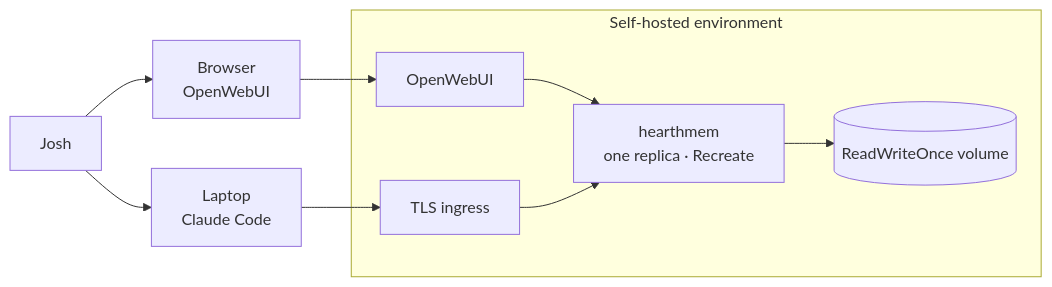
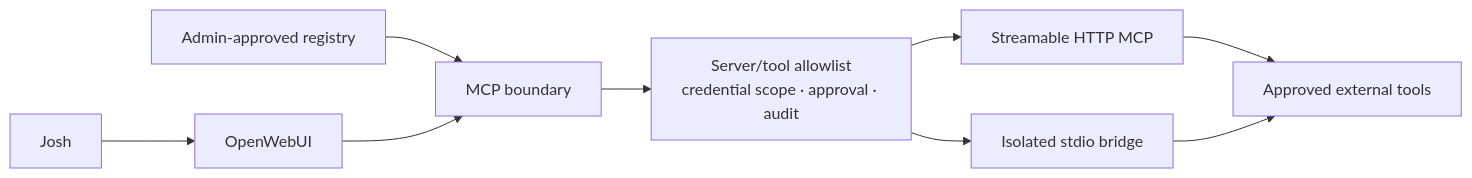
The sixth of 6 diagrams in docs/ARCHITECTURE.md (jokajak/hearthai), drawn with Mermaid before and after one commit. The commit also changed other lines of this file and 3 other files, not shown here.

Commit message:
Document HearthAI capability roadmap

````diff
--- a/docs/ARCHITECTURE.md
+++ b/docs/ARCHITECTURE.md
@@ -346,21 +297,11 @@
 ```mermaid
 flowchart LR
-    USER["Josh"]
-    LAPTOP["Laptop<br/>Claude Code"]
-    BROWSER["Browser<br/>OpenWebUI"]
-
-    subgraph CLUSTER["Self-hosted environment"]
-        OW["OpenWebUI"]
-        MEM["hearthmem<br/>one replica · Recreate"]
-        PVC[("ReadWriteOnce volume")]
-        TLS["TLS ingress"]
-    end
-
-    USER --> LAPTOP
-    USER --> BROWSER
-    BROWSER --> OW
-    LAPTOP --> TLS
-    OW --> MEM
-    TLS --> MEM
-    MEM --> PVC
+    ADMIN["Admin-approved registry"] --> MCP["MCP boundary"]
+    USER["Josh"] --> OW["OpenWebUI"]
+    OW --> MCP
+    MCP --> POLICY["Server/tool allowlist<br/>credential scope · approval · audit"]
+    POLICY --> HTTP["Streamable HTTP MCP"]
+    POLICY --> BRIDGE["Isolated stdio bridge"]
+    HTTP --> TOOLS["Approved external tools"]
+    BRIDGE --> TOOLS
 ```
````
